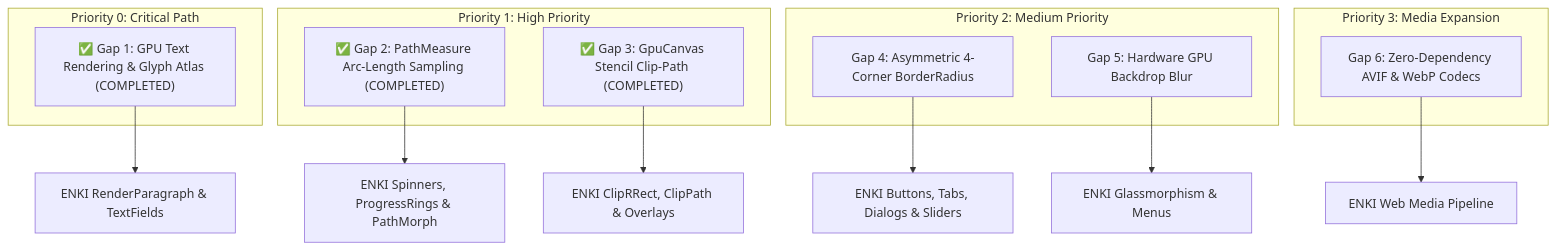
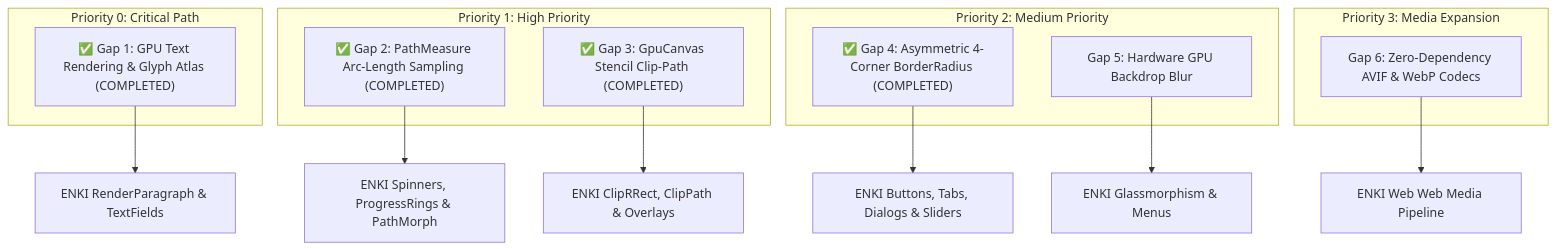
Before and after one commit to vaxp/Nisaba: the diagram in ENKI_COMPATIBILITY_REQUIREMENTS.md, drawn with Mermaid. The commit also changed other lines of this file and 13 other files, not shown here.

Commit message:
feat(core): implement asymmetric BorderRadius and RRect with GPU acceleration

````diff
--- a/ENKI_COMPATIBILITY_REQUIREMENTS.md
+++ b/ENKI_COMPATIBILITY_REQUIREMENTS.md
@@ -32,24 +32,24 @@
 ```mermaid
 graph TD
     subgraph P0 [Priority 0: Critical Path]
         G1["✅ Gap 1: GPU Text Rendering & Glyph Atlas (COMPLETED)"]
     end
     subgraph P1 [Priority 1: High Priority]
         G2["✅ Gap 2: PathMeasure Arc-Length Sampling (COMPLETED)"]
         G3["✅ Gap 3: GpuCanvas Stencil Clip-Path (COMPLETED)"]
     end
     subgraph P2 [Priority 2: Medium Priority]
-        G4[Gap 4: Asymmetric 4-Corner BorderRadius]
+        G4["✅ Gap 4: Asymmetric 4-Corner BorderRadius (COMPLETED)"]
         G5[Gap 5: Hardware GPU Backdrop Blur]
     end
     subgraph P3 [Priority 3: Media Expansion]
         G6[Gap 6: Zero-Dependency AVIF & WebP Codecs]
     end
 
     G1 --> ENKI_TEXT[ENKI RenderParagraph & TextFields]
     G2 --> ENKI_ANIM[ENKI Spinners, ProgressRings & PathMorph]
     G3 --> ENKI_CLIP[ENKI ClipRRect, ClipPath & Overlays]
     G4 --> ENKI_WIDGETS[ENKI Buttons, Tabs, Dialogs & Sliders]
     G5 --> ENKI_GLASS[ENKI Glassmorphism & Menus]
-    G6 --> ENKI_IMAGE[ENKI Web Media Pipeline]
+    G6 --> ENKI_IMAGE[ENKI Web Web Media Pipeline]
 ```
````
